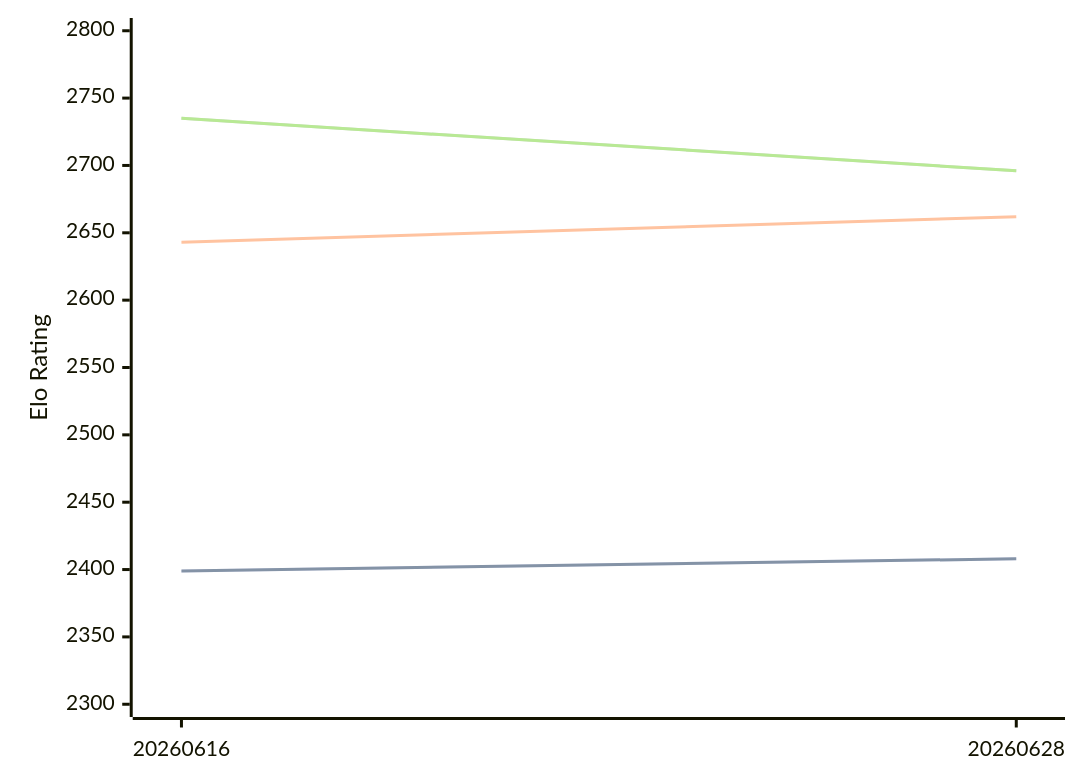
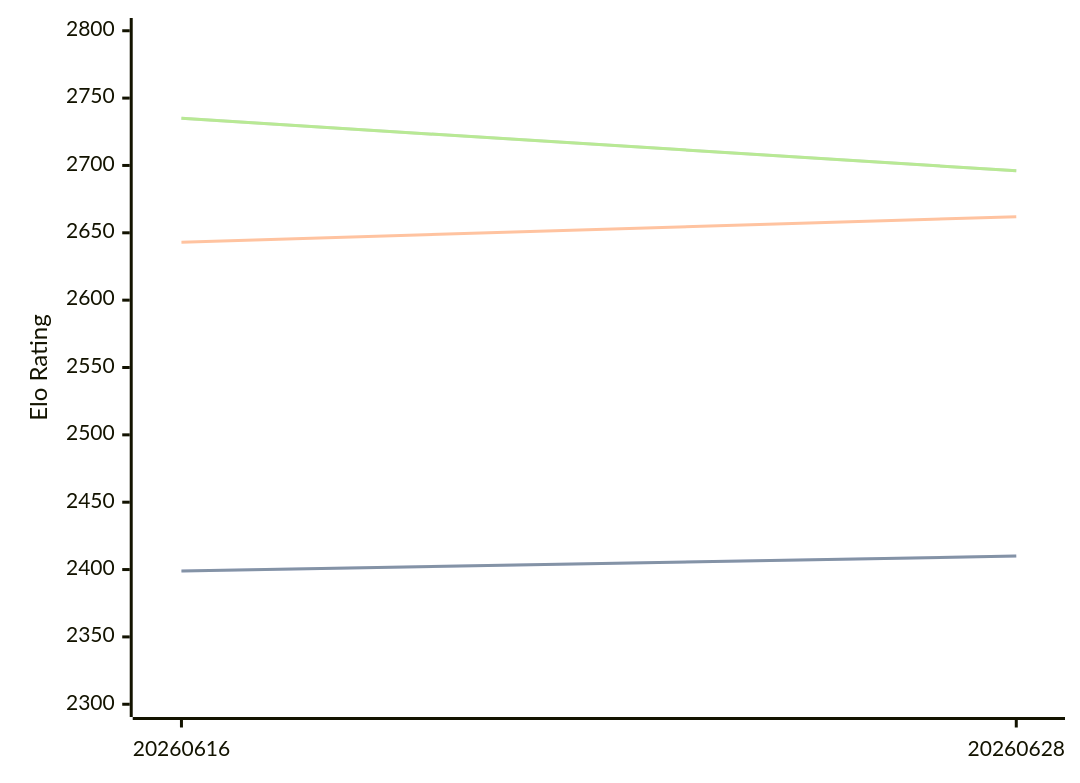
The third of 3 diagrams in engines/Askaig.md (computer-chess-index/cci), drawn with Mermaid before and after one commit. The commit also changed other lines of this file, not shown here.

````diff
--- a/engines/Askaig.md
+++ b/engines/Askaig.md
@@ -67,11 +69,11 @@
 ```mermaid
 %%{init: {"theme":"base","themeVariables":{"seriesColors:['#a3a3a3','#222221','#faa371']}}}%%
 xychart-beta
   x-axis ["20260616", "20260628"]
   y-axis "Elo Rating" 2300 --> 2800
-  line "STC (8.0+0.08s)" [2399, 2408]
-  line "STC (8.0+0.08s)" [2399, 2408]
+  line "STC (8.0+0.08s)" [2399, 2410]
+  line "STC (8.0+0.08s)" [2399, 2410]
   line "LTC (60.0+0.60s)" [2643, 2662]
   line "VLTC (2m24s+1.12s)" [2735, 2696]
   line "VLTC (2m24s+1.12s)" [2735, 2696]
 ```
````
